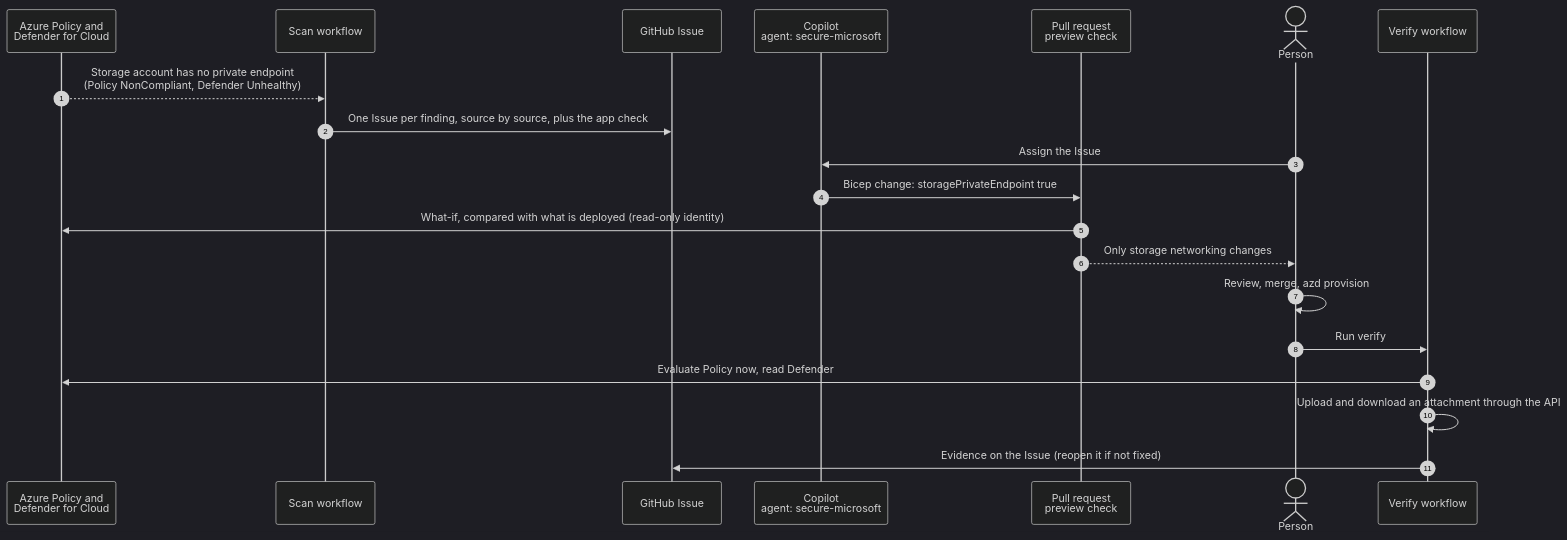
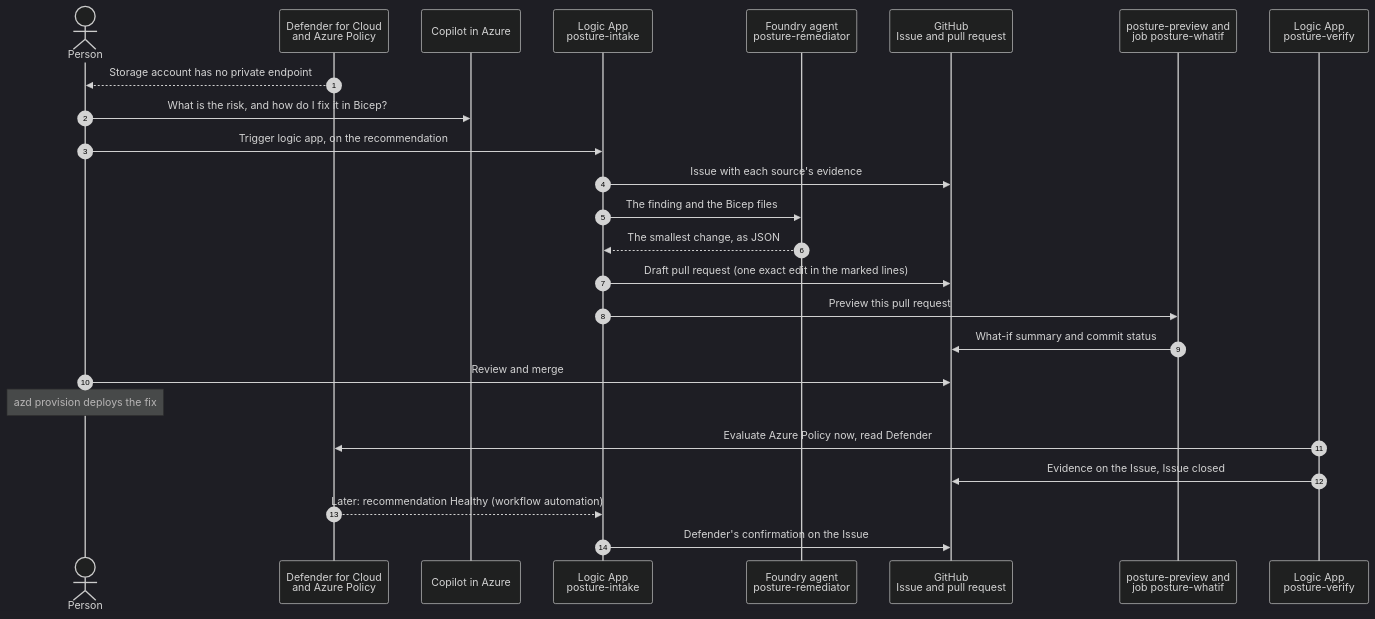
One commit to melabadi/adept-assessment-northstars changed the diagram in solutions/05-secure-microsoft/README.md. Above: the diagram before and after it, drawn with Mermaid (dark theme). The commit also changed other lines of this file and 45 other files, not shown here.

First line of the commit message:
05-secure-microsoft: run the posture remediation in Azure (Logic Apps, Foundry agent, what-if job) (#164)

````diff
--- a/solutions/05-secure-microsoft/README.md
+++ b/solutions/05-secure-microsoft/README.md
@@ -21,22 +22,27 @@
 ```mermaid
 sequenceDiagram
   autonumber
-  participant AZ as Azure Policy and<br/>Defender for Cloud
-  participant S as Scan workflow
-  participant I as GitHub Issue
-  participant C as Copilot<br/>agent: secure-microsoft
-  participant P as Pull request<br/>preview check
   actor H as Person
-  participant V as Verify workflow
-  AZ-->>S: Storage account has no private endpoint<br/>(Policy NonCompliant, Defender Unhealthy)
-  S->>I: One Issue per finding, source by source, plus the app check
-  H->>C: Assign the Issue
-  C->>P: Bicep change: storagePrivateEndpoint true
-  P->>AZ: What-if, compared with what is deployed (read-only identity)
-  P-->>H: Only storage networking changes
-  H->>H: Review, merge, azd provision
-  H->>V: Run verify
-  V->>AZ: Evaluate Policy now, read Defender
-  V->>V: Upload and download an attachment through the API
-  V->>I: Evidence on the Issue (reopen it if not fixed)
+  participant D as Defender for Cloud<br/>and Azure Policy
+  participant C as Copilot in Azure
+  participant I as Logic App<br/>posture-intake
+  participant F as Foundry agent<br/>posture-remediator
+  participant G as GitHub<br/>Issue and pull request
+  participant W as posture-preview and<br/>job posture-whatif
+  participant V as Logic App<br/>posture-verify
+  D-->>H: Storage account has no private endpoint
+  H->>C: What is the risk, and how do I fix it in Bicep?
+  H->>I: Trigger logic app, on the recommendation
+  I->>G: Issue with each source's evidence
+  I->>F: The finding and the Bicep files
+  F-->>I: The smallest change, as JSON
+  I->>G: Draft pull request (one exact edit in the marked lines)
+  I->>W: Preview this pull request
+  W->>G: What-if summary and commit status
+  H->>G: Review and merge
+  Note over H: azd provision deploys the fix
+  V->>D: Evaluate Azure Policy now, read Defender
+  V->>G: Evidence on the Issue, Issue closed
+  D-->>I: Later: recommendation Healthy (workflow automation)
+  I->>G: Defender's confirmation on the Issue
 ```
````
